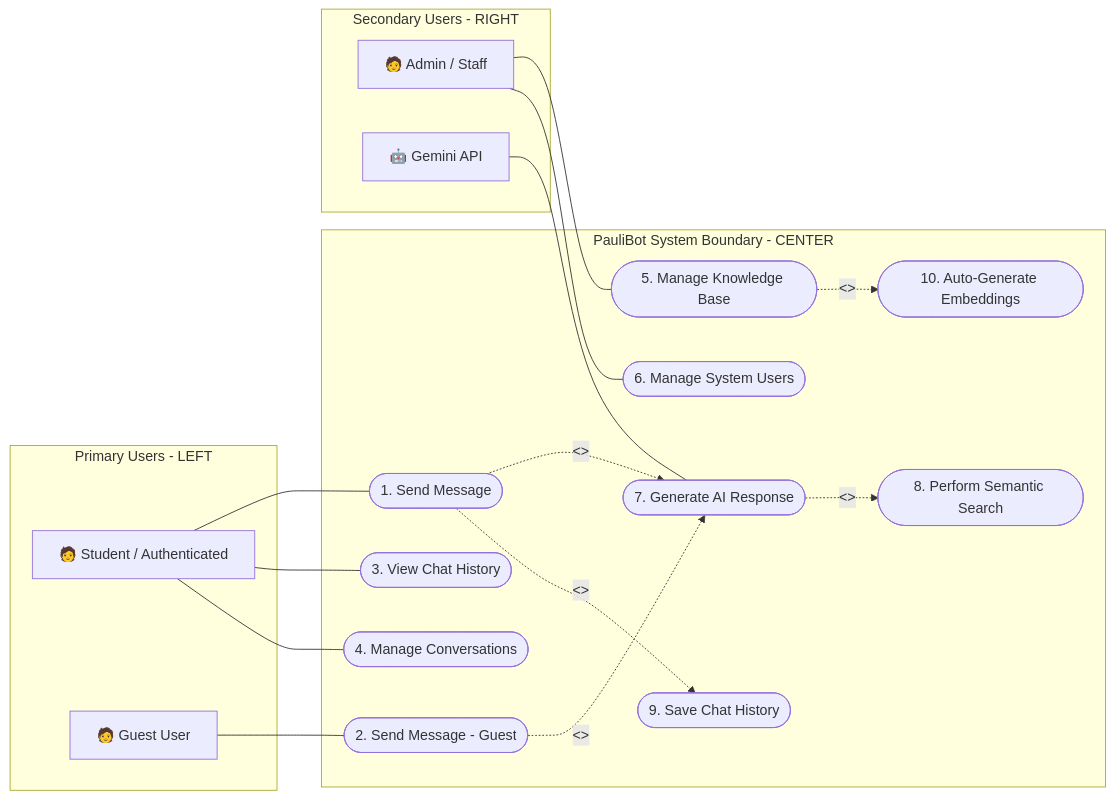
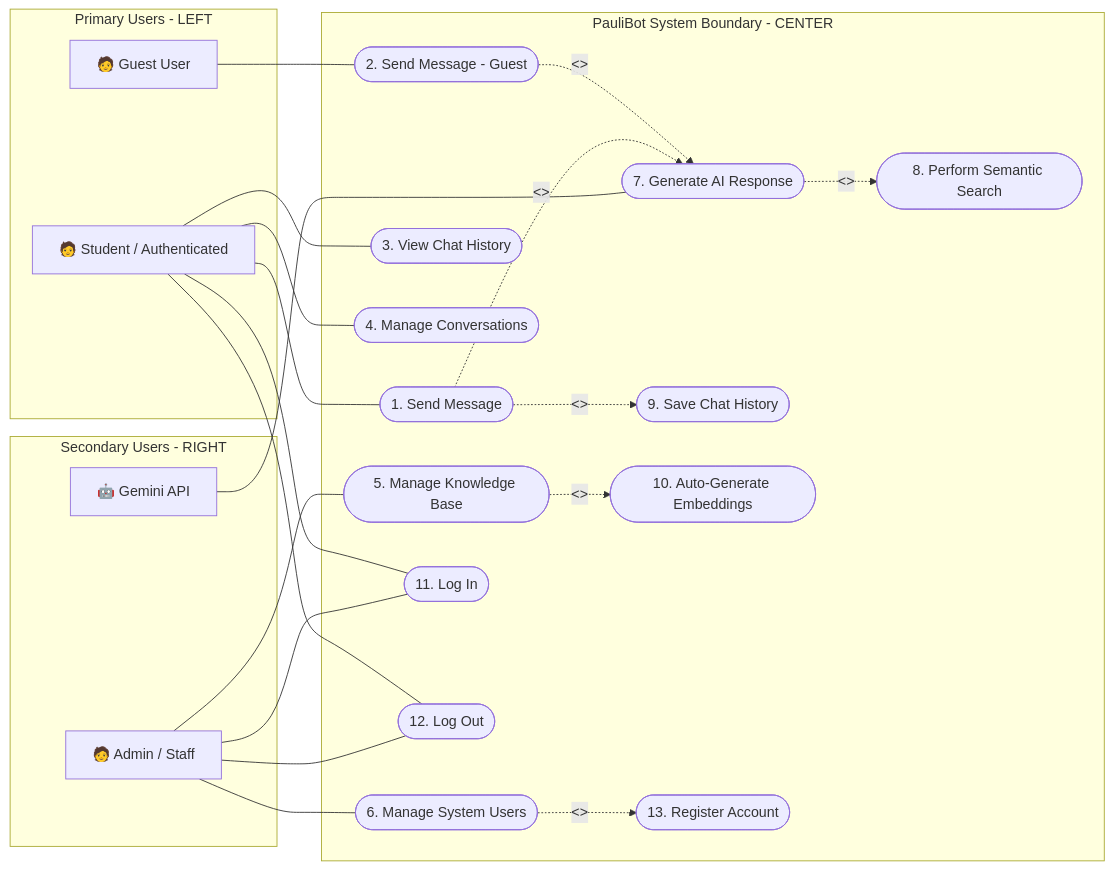
One commit to JumboHotCold/paulibot changed the first of 28 diagrams in use_case_diagram_and_specifications.md. Above: the diagram before and after it, drawn with Mermaid. The commit also changed other lines of this file and 18 other files, not shown here.

````diff
--- a/use_case_diagram_and_specifications.md
+++ b/use_case_diagram_and_specifications.md
@@ -15,47 +15,58 @@
 ```mermaid
 graph LR
     subgraph "Primary Users - LEFT"
         Student["🧑 Student / Authenticated"]
         Guest["🧑 Guest User"]
     end
 
     subgraph "PauliBot System Boundary - CENTER"
         %% The 10 explicit Base & Included/Extended Use Cases %%
         UC1([1. Send Message])
         UC2([2. Send Message - Guest])
         UC3([3. View Chat History])
         UC4([4. Manage Conversations])
         
         UC5([5. Manage Knowledge Base])
         UC6([6. Manage System Users])
         
         UC7([7. Generate AI Response])
         UC8([8. Perform Semantic Search])
         UC9([9. Save Chat History])
         UC10([10. Auto-Generate Embeddings])
+        
+        UC11([11. Log In])
+        UC12([12. Log Out])
+        UC13([13. Register Account])
     end
 
     subgraph "Secondary Users - RIGHT"
         Admin["🧑 Admin / Staff"]
         Gemini["🤖 Gemini API"]
     end
 
     %% === LEFT SIDE ASSOCIATIONS ===
     Student --- UC1
     Student --- UC3
     Student --- UC4
     Guest --- UC2
 
     %% === RIGHT SIDE ASSOCIATIONS ===
     Admin --- UC5
     Admin --- UC6
+    Admin --- UC11
+    Admin --- UC12
     Gemini --- UC7
+
+    %% === LEFT SIDE ASSOCIATIONS (Shared) ===
+    Student --- UC11
+    Student --- UC12
 
     %% === INCLUDE & EXTEND RELATIONSHIPS ===
     UC1 -. "<<include>>" .-> UC7
     UC2 -. "<<include>>" .-> UC7
     UC7 -. "<<include>>" .-> UC8
     
     UC1 -. "<<extend>>" .-> UC9
     UC5 -. "<<include>>" .-> UC10
+    UC6 -. "<<extend>>" .-> UC13
 ```
````
